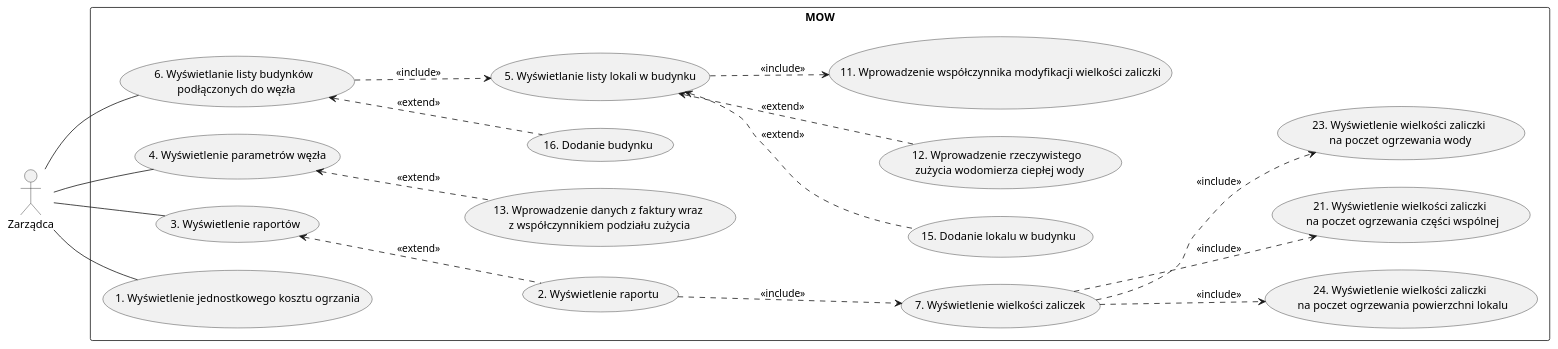
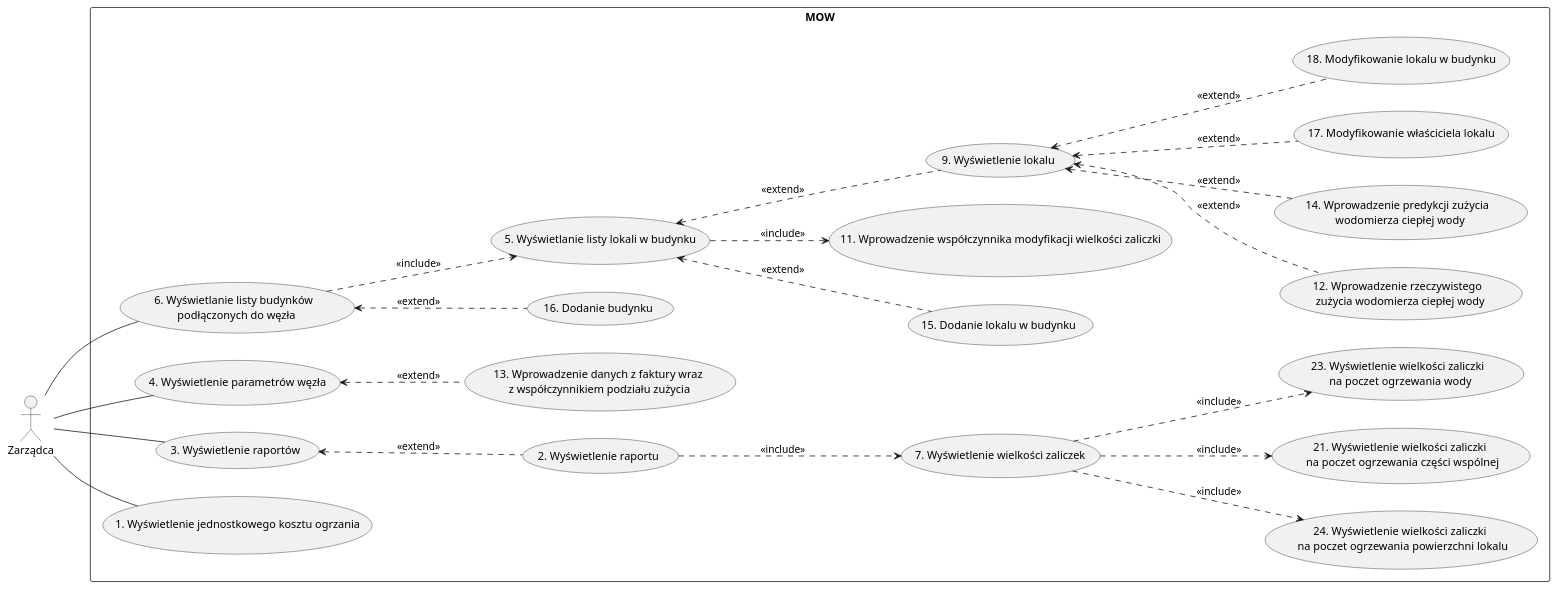
Before and after one commit to malinowskaMM/Heat-billing-system-SSBD---UML-diagrams: the diagram in src/main/resources/MOW/diagramPrzypadkowUzyciaMOWZarzadca.puml, drawn with PlantUML. The commit also changed 1 other file, not shown here.

```diff
--- a/src/main/resources/MOW/diagramPrzypadkowUzyciaMOWZarzadca.puml
+++ b/src/main/resources/MOW/diagramPrzypadkowUzyciaMOWZarzadca.puml
@@ -1,48 +1,57 @@
   @startuml
     left to right direction
     actor Zarządca as z
 
     rectangle MOW {
     usecase "16. Dodanie budynku" as MOW136
     usecase "15. Dodanie lokalu w budynku" as MOW135
+    usecase "12. Wprowadzenie rzeczywistego \n zużycia wodomierza ciepłej wody" as MOW12
+    usecase "14. Wprowadzenie predykcji zużycia \n wodomierza ciepłej wody" as MOW14
     usecase "13. Wprowadzenie danych z faktury wraz\n z współczynnikiem podziału zużycia" as MOW13
+    usecase "17. Modyfikowanie właściciela lokalu" as MOW17
+    usecase "18. Modyfikowanie lokalu w budynku" as MOW18
     usecase "5. Modyfikowanie lokalu w budynku" as MOW5
     usecase "24. Wyświetlenie wielkości zaliczki \n na poczet ogrzewania powierzchni lokalu" as MOW24
     usecase "21. Wyświetlenie wielkości zaliczki \n na poczet ogrzewania części wspólnej" as MOW21
-    usecase " 23. Wyświetlenie wielkości zaliczki \n na poczet ogrzewania wody" as MOW23
+    usecase "23. Wyświetlenie wielkości zaliczki \n na poczet ogrzewania wody" as MOW23
     usecase "12. Wprowadzenie rzeczywistego \n zużycia wodomierza ciepłej wody" as MOW12
     usecase "7. Wyświetlenie wielkości zaliczek" as MOW7
     usecase "11. Wprowadzenie współczynnika modyfikacji wielkości zaliczki" as MOW11
     usecase "6. Wyświetlanie listy budynków \n podłączonych do węzła" as MOW6
     usecase "5. Wyświetlanie listy lokali w budynku" as MOW5
     usecase "4. Wyświetlenie parametrów węzła" as MOW4
     usecase "2. Wyświetlenie raportu" as MOW2
     usecase "3. Wyświetlenie raportów" as MOW3
     usecase "1. Wyświetlenie jednostkowego kosztu ogrzania" as MOW1
+    usecase "9. Wyświetlenie lokalu" as MOW9
     }
 
   MOW6 <.. MOW136: <<extend>>
+  MOW4 <.. MOW13: <<extend>>
   MOW5 <.. MOW135: <<extend>>
-  MOW4 <.. MOW13: <<extend>>
-  MOW5 <.. MOW12: <<extend>>
+  MOW9 <.. MOW12: <<extend>>
+  MOW9 <.. MOW14: <<extend>>
+  MOW9 <.. MOW17: <<extend>>
+  MOW9 <.. MOW18: <<extend>>
 
   MOW2 ..> MOW7: <<include>>
   MOW3 <.. MOW2: <<extend>>
 
   MOW7 ..> MOW24: <<include>>
   MOW7 ..> MOW21: <<include>>
   MOW7 ..> MOW23: <<include>>
 
   MOW6 ..> MOW5: <<include>>
+  MOW5 <.. MOW9: <<extend>>
   MOW5 ..> MOW11: <<include>>
 
 
 
 
     z -- MOW3
     z -- MOW4
     z -- MOW6
 
     z -- MOW1
 
     @enduml
```
